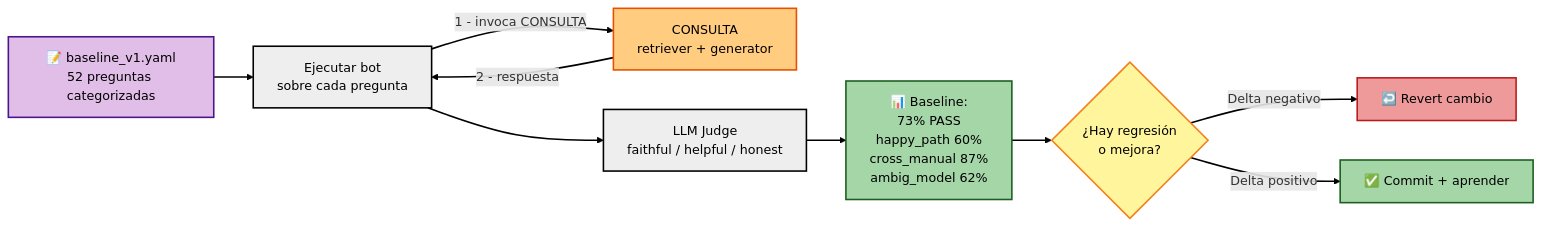
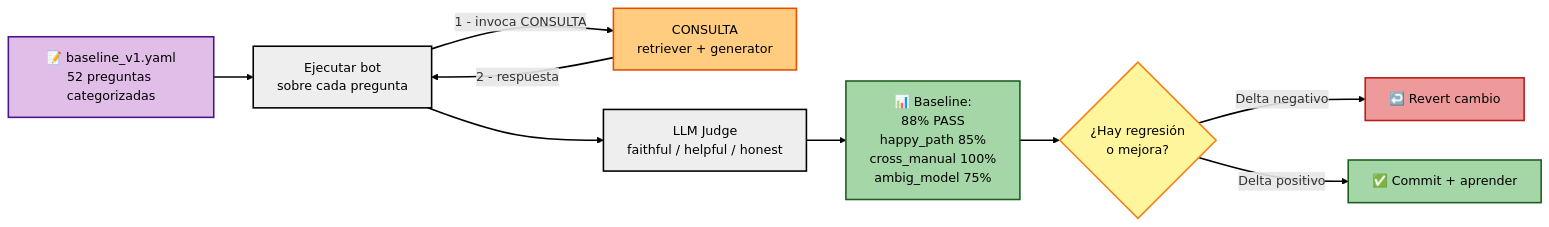
The second of 8 diagrams in docs/ARCHITECTURE.md (albertofontiber/technical_bot), drawn with Mermaid before and after one commit. The commit also changed other lines of this file, not shown here.

Commit message:
ARCHITECTURE.md: baseline 73% → 88% post sesión 15
- Mermaid metric node: baseline 88% (happy 85%, cross_manual 100%, ambig 75%).
- §4.4: ej. cita 'baseline 46/52 judge (88%)'.

````diff
--- a/docs/ARCHITECTURE.md
+++ b/docs/ARCHITECTURE.md
@@ -96,22 +96,22 @@
 ```mermaid
 flowchart LR
     YAML[📝 baseline_v1.yaml<br>52 preguntas categorizadas] --> Runner[Ejecutar bot<br>sobre cada pregunta]
     Runner ==>|1 - invoca CONSULTA| Pipeline[CONSULTA<br>retriever + generator]
     Pipeline ==>|2 - respuesta| Runner
     Runner --> Judge[LLM Judge<br>faithful / helpful / honest]
-    Judge --> Metric[📊 Baseline:<br>73% PASS<br>happy_path 60%<br>cross_manual 87%<br>ambig_model 62%]
+    Judge --> Metric[📊 Baseline:<br>88% PASS<br>happy_path 85%<br>cross_manual 100%<br>ambig_model 75%]
     Metric --> Decision{¿Hay regresión<br>o mejora?}
     Decision -->|Delta negativo| Rollback[↩️ Revert cambio]
     Decision -->|Delta positivo| Commit[✅ Commit + aprender]
 
     style YAML fill:#e1bee7,stroke:#4a148c,color:#000000,stroke-width:2px
     style Pipeline fill:#ffcc80,stroke:#e65100,color:#000000,stroke-width:2px
     style Metric fill:#a5d6a7,stroke:#1b5e20,color:#000000,stroke-width:2px
     style Runner fill:#eeeeee,stroke:#000000,color:#000000,stroke-width:2px
     style Judge fill:#eeeeee,stroke:#000000,color:#000000,stroke-width:2px
     style Decision fill:#fff59d,stroke:#f57f17,color:#000000,stroke-width:2px
     style Rollback fill:#ef9a9a,stroke:#b71c1c,color:#000000,stroke-width:2px
     style Commit fill:#a5d6a7,stroke:#1b5e20,color:#000000,stroke-width:2px
 
     linkStyle default stroke:#000000,stroke-width:2px
 ```
````
